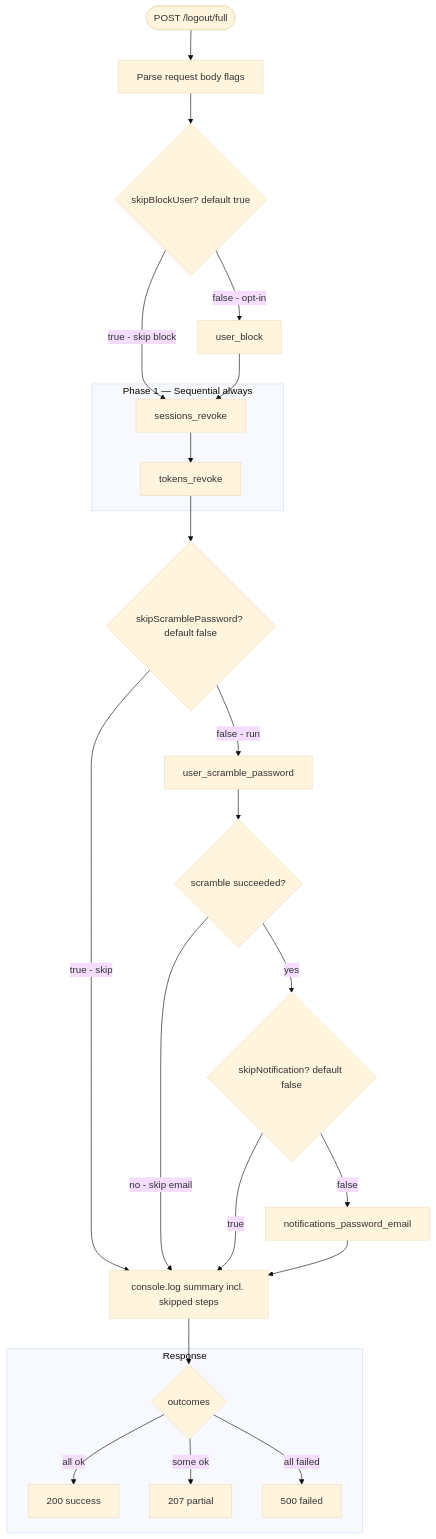
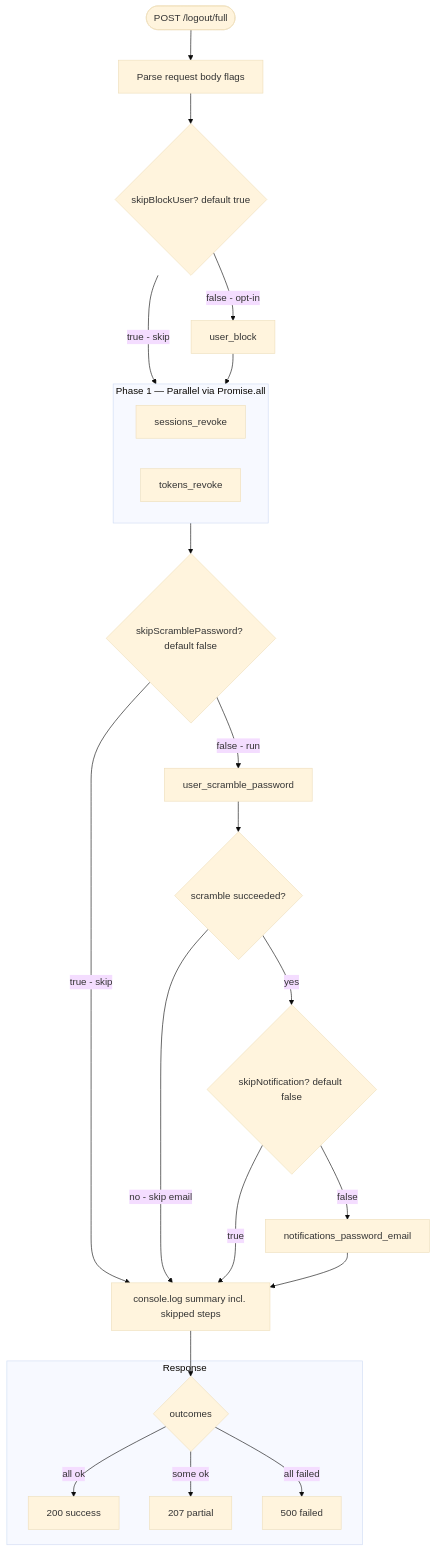
Before and after one commit to saimanda/cia-user-management: the third of 4 diagrams in README.md, drawn with Mermaid (base theme). The commit also changed 2 other files, not shown here.

Commit message:
perf(logout): parallelise Phase 1 — fire sessions_revoke and tokens_revoke concurrently
Both are Auth0 202 fire-and-forget calls with no inter-dependency. Running them
via Promise.all cuts Phase 1 latency to a single round-trip instead of two.

````diff
--- a/README.md
+++ b/README.md
@@ -174,35 +174,35 @@
 ```mermaid
 flowchart TD
     START([POST /logout/full]) --> PARSE[Parse request body flags]
     PARSE --> SKIP_BLOCK{skipBlockUser? default true}
 
     SKIP_BLOCK -->|false - opt-in| S0[user_block]
-    SKIP_BLOCK -->|true - skip block| S1
+    SKIP_BLOCK -->|true - skip| Phase1
 
-    S0 --> S1
+    S0 --> Phase1
 
-    subgraph Phase1["Phase 1 — Sequential always"]
-        S1[sessions_revoke] --> S2[tokens_revoke]
+    subgraph Phase1["Phase 1 — Parallel via Promise.all"]
+        S1[sessions_revoke] & S2[tokens_revoke]
     end
 
-    S2 --> SKIP_SCRAMBLE{skipScramblePassword? default false}
+    Phase1 --> SKIP_SCRAMBLE{skipScramblePassword? default false}
     SKIP_SCRAMBLE -->|true - skip| LOG
     SKIP_SCRAMBLE -->|false - run| S3[user_scramble_password]
 
     S3 --> SCRAMBLE_OK{scramble succeeded?}
     SCRAMBLE_OK -->|no - skip email| LOG
     SCRAMBLE_OK -->|yes| SKIP_NOTIFY{skipNotification? default false}
 
     SKIP_NOTIFY -->|true| LOG
     SKIP_NOTIFY -->|false| S5[notifications_password_email]
 
     S5 --> LOG
     LOG[console.log summary incl. skipped steps] --> RESPONSE
 
     subgraph Response
         RESPONSE{outcomes}
         RESPONSE -->|all ok| R200[200 success]
         RESPONSE -->|some ok| R207[207 partial]
         RESPONSE -->|all failed| R500[500 failed]
     end
 ```
````
